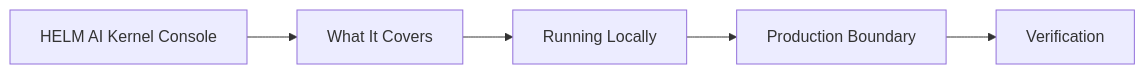
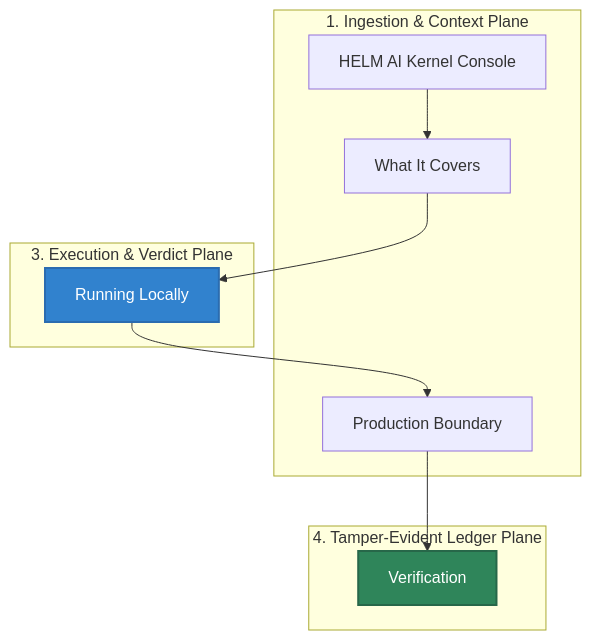
Before and after one commit to Mindburn-Labs/helm-ai-kernel: the diagram in docs/CONSOLE.md, drawn with Mermaid. The commit also changed other lines of this file and 330 other files, not shown here.

Commit message:
feat: prepare kernel launchpad production surface

````diff
--- a/docs/CONSOLE.md
+++ b/docs/CONSOLE.md
@@ -37,12 +37,26 @@
 ```mermaid
-flowchart LR
-  Page["HELM AI Kernel Console"]
-  A["What It Covers"]
-  B["Running Locally"]
-  C["Production Boundary"]
-  D["Verification"]
-  Page --> A
-  A --> B
-  B --> C
-  C --> D
+flowchart TD
+    subgraph Ingestion["1. Ingestion & Context Plane"]
+        Page["HELM AI Kernel Console"]
+        A["What It Covers"]
+        C["Production Boundary"]
+    end
+
+    subgraph Execution["3. Execution & Verdict Plane"]
+        B["Running Locally"]
+    end
+
+    subgraph Ledger["4. Tamper-Evident Ledger Plane"]
+        D["Verification"]
+    end
+
+    %% Operational Flow Edges
+    Page --> A
+    A --> B
+    B --> C
+    C --> D
+
+    %% Premium Styling Rules
+    style B fill:#3182ce,stroke:#2b6cb0,stroke-width:2px,color:#fff
+    style D fill:#2f855a,stroke:#276749,stroke-width:2px,color:#fff
 ```
````
